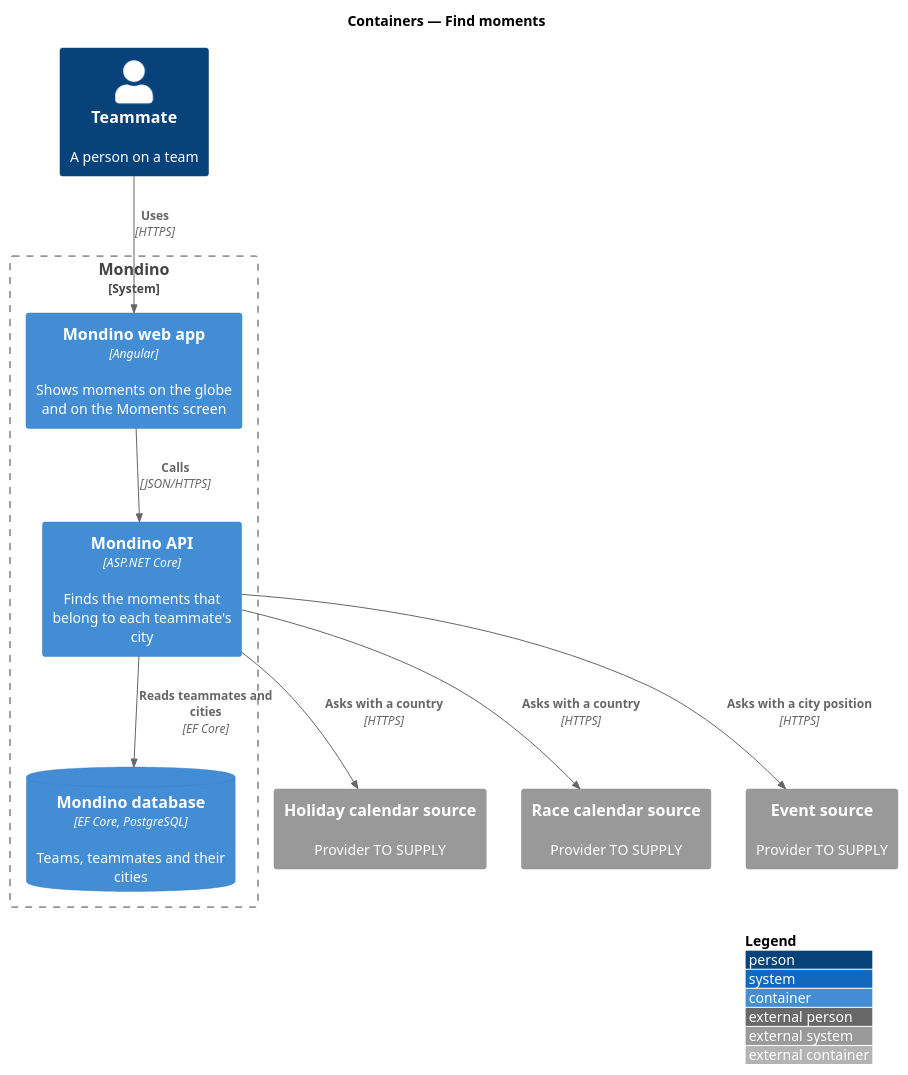
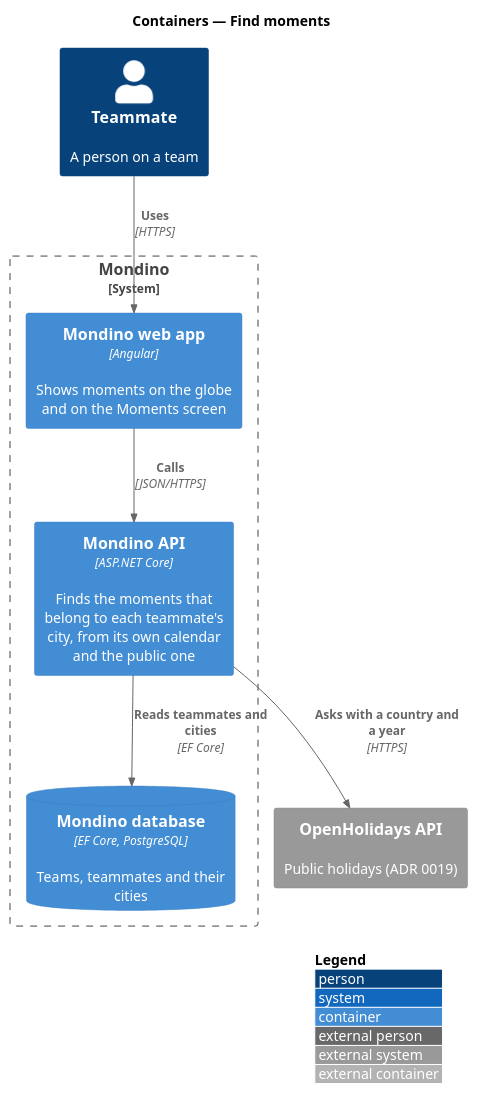
Before and after one commit to QuinntyneBrown/Mondino: the diagram in docs/detailed-designs/moments/find-moments/diagrams/c4-container.puml, drawn with PlantUML. The commit also changed 18 other files, not shown here.

```diff
--- a/docs/detailed-designs/moments/find-moments/diagrams/c4-container.puml
+++ b/docs/detailed-designs/moments/find-moments/diagrams/c4-container.puml
@@ -1,22 +1,18 @@
 @startuml
 !include <C4/C4_Container>
 LAYOUT_WITH_LEGEND()
 title Containers — Find moments
 
 Person(teammate, "Teammate", "A person on a team")
 System_Boundary(mondino, "Mondino") {
   Container(web, "Mondino web app", "Angular", "Shows moments on the globe and on the Moments screen")
-  Container(api, "Mondino API", "ASP.NET Core", "Finds the moments that belong to each teammate's city")
+  Container(api, "Mondino API", "ASP.NET Core", "Finds the moments that belong to each teammate's city, from its own calendar and the public one")
   ContainerDb(db, "Mondino database", "EF Core, PostgreSQL", "Teams, teammates and their cities")
 }
-System_Ext(holidays, "Holiday calendar source", "Provider TO SUPPLY")
-System_Ext(races, "Race calendar source", "Provider TO SUPPLY")
-System_Ext(events, "Event source", "Provider TO SUPPLY")
+System_Ext(holidays, "OpenHolidays API", "Public holidays (ADR 0019)")
 
 Rel(teammate, web, "Uses", "HTTPS")
 Rel(web, api, "Calls", "JSON/HTTPS")
 Rel(api, db, "Reads teammates and cities", "EF Core")
-Rel(api, holidays, "Asks with a country", "HTTPS")
-Rel(api, races, "Asks with a country", "HTTPS")
-Rel(api, events, "Asks with a city position", "HTTPS")
+Rel(api, holidays, "Asks with a country and a year", "HTTPS")
 @enduml
```
